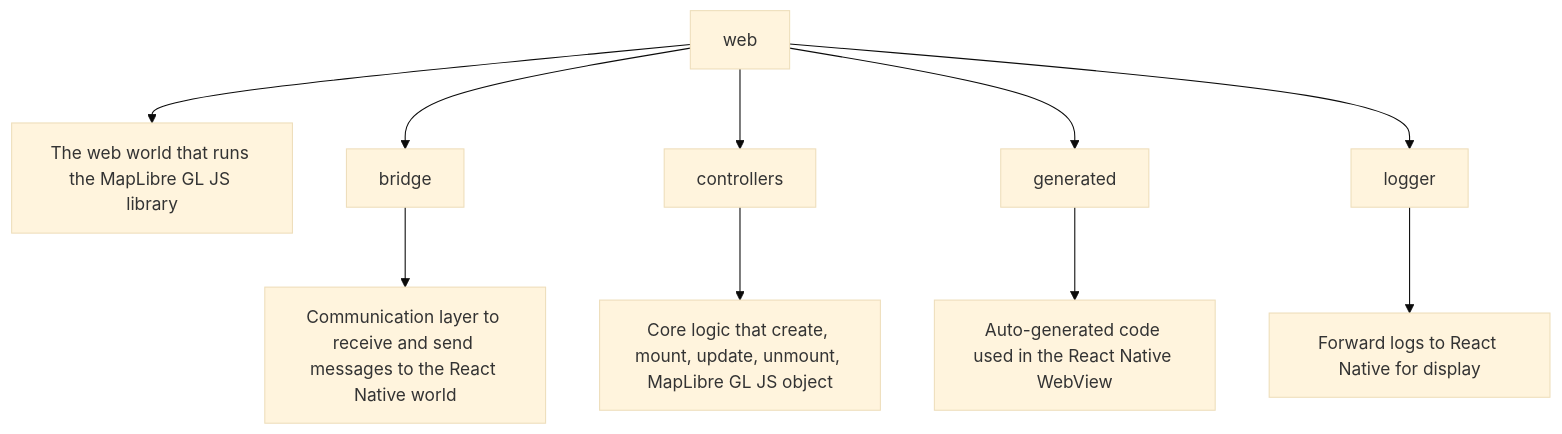
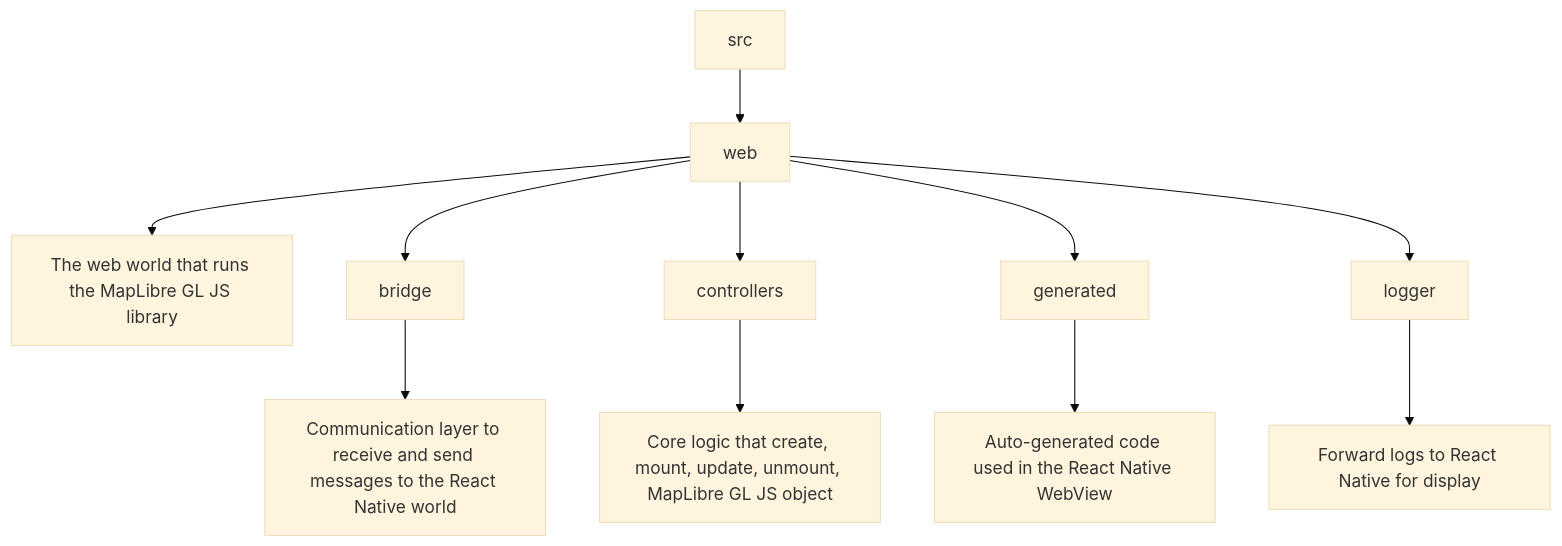
The second of 3 diagrams in docs/developer/index.md (emilienaufauvre/react-native-maplibre-gl-js), drawn with Mermaid (base theme) before and after one commit. The commit also changed other lines of this file, not shown here.

````diff
--- a/docs/developer/index.md
+++ b/docs/developer/index.md
@@ -64,15 +64,15 @@
 ```mermaid
 graph TD
-C[web]
+A[src] --> C[web]
 
 C --> C1[The web world that runs the MapLibre GL JS library]
 C --> C2[bridge]
 C --> C3[controllers]
 C --> C4[generated]
 C --> C5[logger]
 
 C2 --> C2a[Communication layer to receive and send messages to the React Native world]
 C3 --> C3a[Core logic that create, mount, update, unmount, MapLibre GL JS object]
 C4 --> C4a[Auto-generated code used in the React Native WebView]
 C5 --> C5a[Forward logs to React Native for display]
 ```
````
